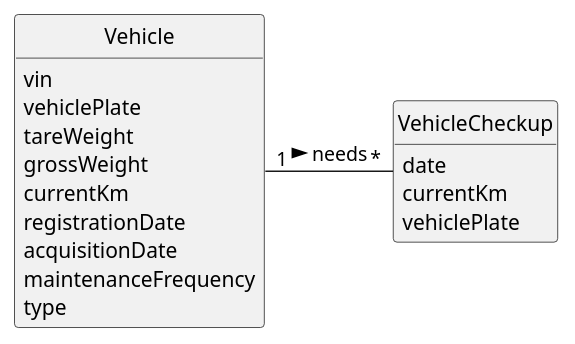
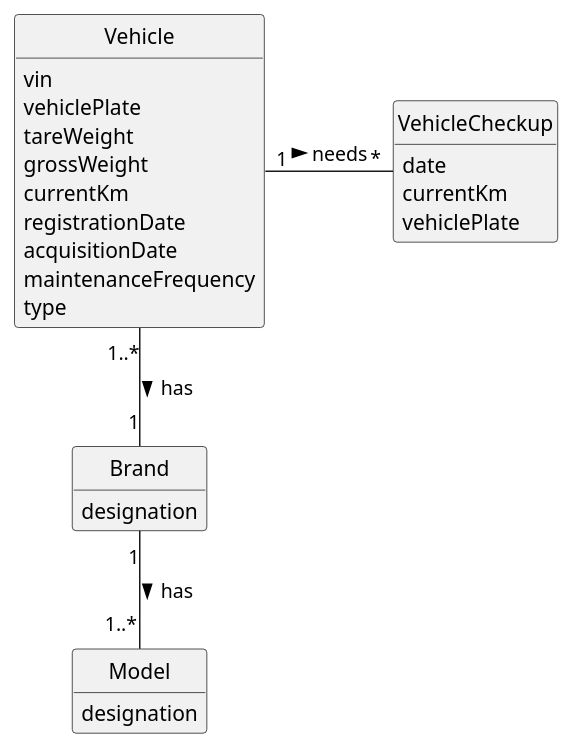
The diagram in docs/sprintB/us007/02.analysis/puml/us007-domain-model.puml (ricardomm7/leaflink), drawn with PlantUML before and after one commit. The commit also changed 2 other files, not shown here.

Commit message:
Update analysis documentation and UML diagrams for domain model enhancements; Introduce Brand and Model relationships to Vehicles; Refine Task associations and equipment categorizations in global artifacts and US007 domain models.

```diff
--- a/docs/sprintB/us007/02.analysis/puml/us007-domain-model.puml
+++ b/docs/sprintB/us007/02.analysis/puml/us007-domain-model.puml
@@ -1,34 +1,43 @@
 @startuml
 skinparam monochrome true
 skinparam packageStyle rectangle
 skinparam shadowing false
 
 'left to right direction
 
 skinparam classAttributeIconSize 0
 
 hide circle
 hide methods
 
 
 class VehicleCheckup {
     date
     currentKm
     vehiclePlate
 }
 
 class Vehicle{
 vin
 vehiclePlate
 tareWeight
 grossWeight
 currentKm
 registrationDate
 acquisitionDate
 maintenanceFrequency
 type
-
 }
 
+class Brand {
+    designation
+}
+
+class Model{
+    designation
+}
+
+Vehicle "1..*"-- "1" Brand: has >
+Brand "1" -- "1..*" Model: has >
 Vehicle "1" - "*" VehicleCheckup : needs >
 @enduml
```
